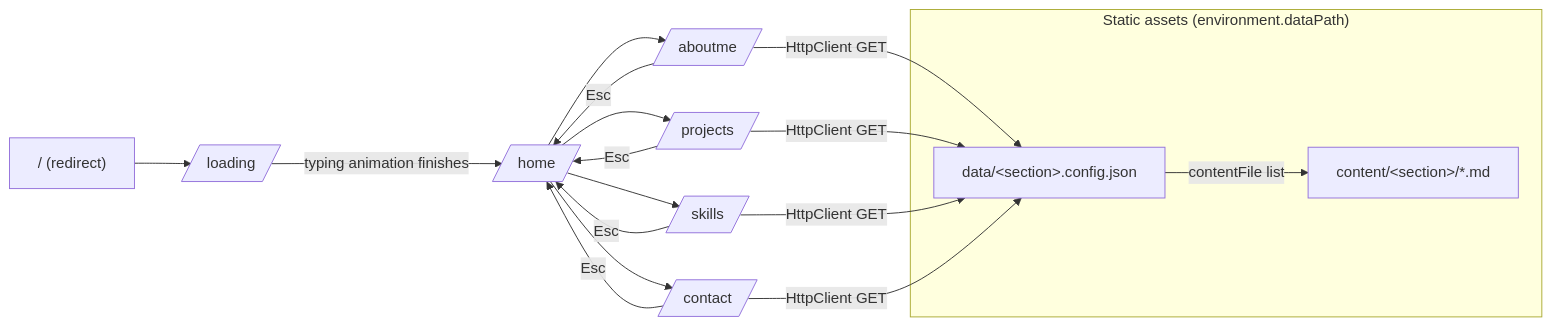
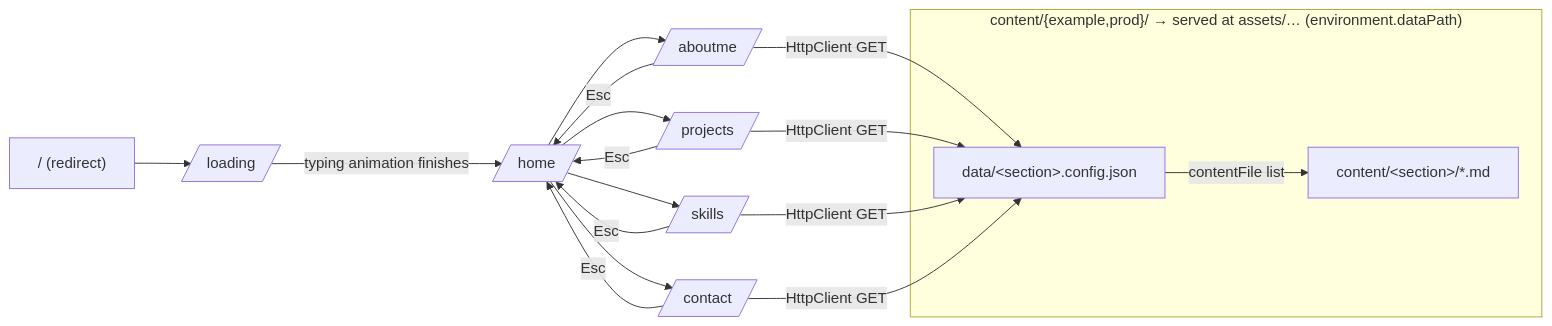
Before and after one commit to SamuiRo/StarLith: the diagram in docs/ARCHITECTURE.md, drawn with Mermaid. The commit also changed other lines of this file and 47 other files, not shown here.

````diff
--- a/docs/ARCHITECTURE.md
+++ b/docs/ARCHITECTURE.md
@@ -22,18 +22,18 @@
 ```mermaid
 flowchart LR
     A["/ (redirect)"] --> B[/loading/]
     B -- "typing animation finishes" --> C[/home/]
     C --> D[/aboutme/]
     C --> E[/projects/]
     C --> F[/skills/]
     C --> G[/contact/]
     D & E & F & G -- "Esc" --> C
 
-    subgraph assets ["Static assets (environment.dataPath)"]
+    subgraph assets ["content/{example,prod}/ → served at assets/… (environment.dataPath)"]
         H["data/&lt;section&gt;.config.json"]
         I["content/&lt;section&gt;/*.md"]
     end
 
     D & E & F & G -- "HttpClient GET" --> H
     H -- "contentFile list" --> I
 ```
````
